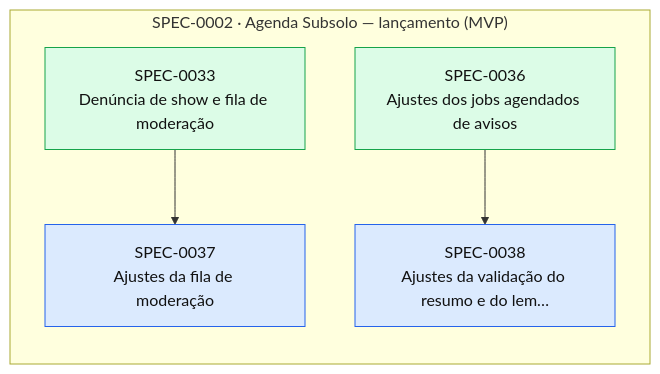
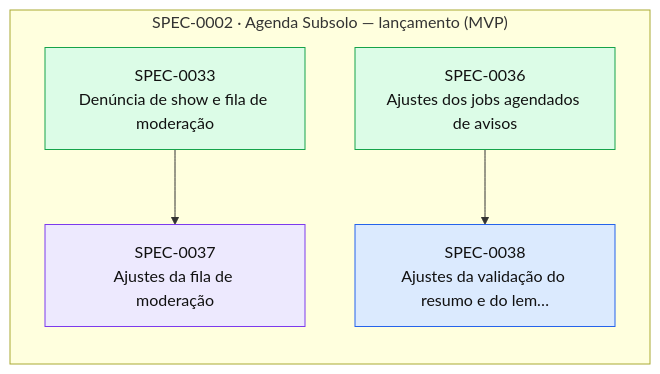
The diagram in docs/specs/INDEX.md (thomasravache/subsolo), drawn with Mermaid before and after one commit. The commit also changed other lines of this file and 1 other file, not shown here.

First line of the commit message:
docs(sdd): start SPEC-0037

````diff
--- a/docs/specs/INDEX.md
+++ b/docs/specs/INDEX.md
@@ -67,16 +67,16 @@
 ```mermaid
 flowchart LR
   subgraph E0002["SPEC-0002 · Agenda Subsolo — lançamento (MVP)"]
     S0033["SPEC-0033<br/>Denúncia de show e fila de moderação"]:::implemented
     S0036["SPEC-0036<br/>Ajustes dos jobs agendados de avisos"]:::implemented
-    S0037["SPEC-0037<br/>Ajustes da fila de moderação"]:::approved
+    S0037["SPEC-0037<br/>Ajustes da fila de moderação"]:::inprogress
     S0038["SPEC-0038<br/>Ajustes da validação do resumo e do lem…"]:::approved
   end
   S0033 --> S0037
   S0036 --> S0038
   classDef proposed fill:#fef3c7,stroke:#d97706,color:#111
   classDef approved fill:#dbeafe,stroke:#2563eb,color:#111
   classDef inprogress fill:#ede9fe,stroke:#7c3aed,color:#111
   classDef implemented fill:#dcfce7,stroke:#16a34a,color:#111
   classDef deprecated fill:#f3f4f6,stroke:#9ca3af,color:#6b7280
 ```
````
